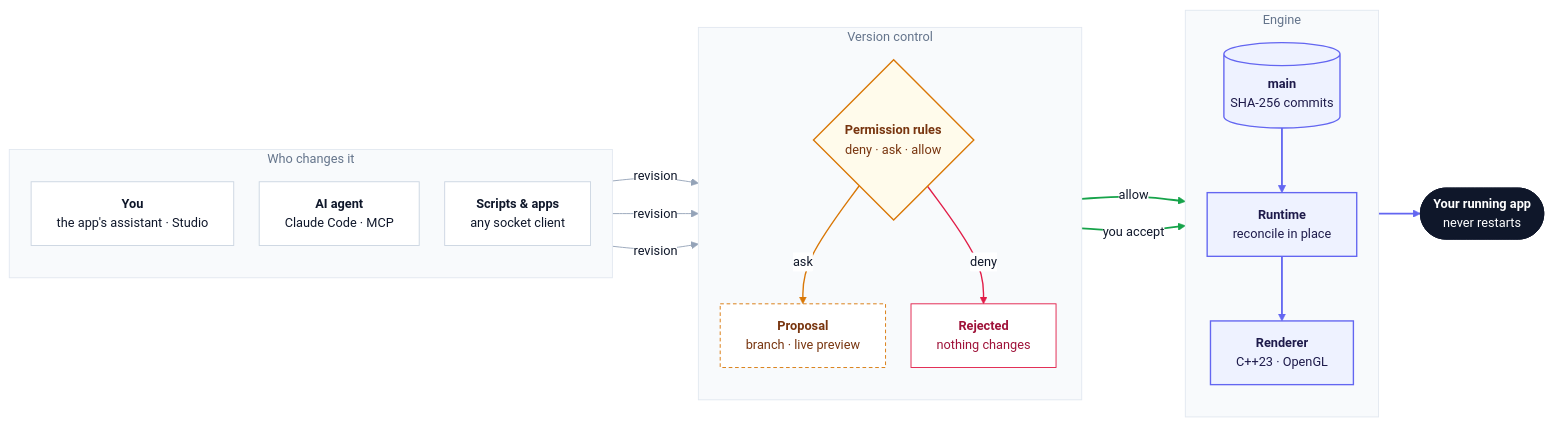
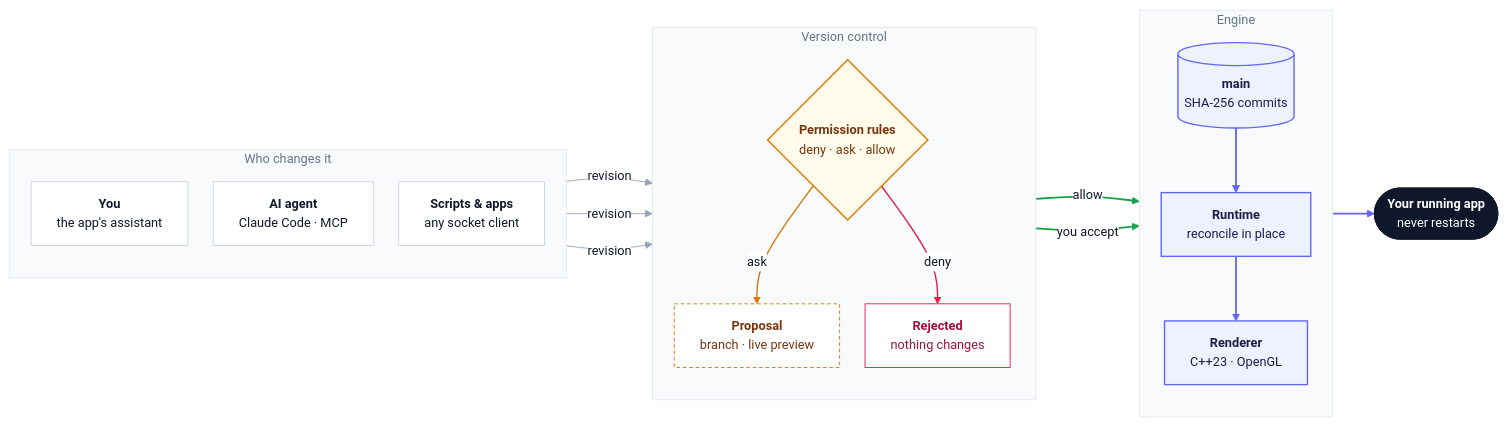
Before and after one commit to RiccardoSottini/AffrescoUI: the third of 4 diagrams in README.md, drawn with Mermaid. The commit also changed other lines of this file and 172 other files, not shown here.

````diff
--- a/README.md
+++ b/README.md
@@ -246,55 +246,55 @@
 ```mermaid
 %%{init: {"theme": "base", "flowchart": {"curve": "basis", "nodeSpacing": 28, "rankSpacing": 46, "padding": 14}, "themeVariables": {"fontFamily": "Helvetica, Arial, sans-serif", "fontSize": "14px", "lineColor": "#94A3B8", "primaryTextColor": "#0F172A", "edgeLabelBackground": "#FFFFFF"}}}%%
 flowchart LR
     subgraph P["Who changes it"]
         direction TB
-        you["<b>You</b><br/>the app's assistant · Studio"]
+        you["<b>You</b><br/>the app's assistant"]
         ai["<b>AI agent</b><br/>Claude Code · MCP"]
         any["<b>Scripts & apps</b><br/>any socket client"]
     end
 
     subgraph V["Version control"]
         direction TB
         rules{"<b>Permission rules</b><br/>deny · ask · allow"}
         pr["<b>Proposal</b><br/>branch · live preview"]
         no["<b>Rejected</b><br/>nothing changes"]
     end
 
     subgraph E["Engine"]
         direction TB
         main[("<b>main</b><br/>SHA-256 commits")]
         rt["<b>Runtime</b><br/>reconcile in place"]
         gl["<b>Renderer</b><br/>C++23 · OpenGL"]
     end
 
     app(["<b>Your running app</b><br/>never restarts"])
 
     you & ai & any -- "revision" --> rules
     rules -- "allow" --> main
     rules -- "ask" --> pr
     rules -- "deny" --> no
     pr -- "you accept" --> main
     main --> rt --> gl --> app
 
     classDef peer fill:#FFFFFF,stroke:#CBD5E1,stroke-width:1px,color:#0F172A
     classDef gate fill:#FFFBEB,stroke:#D97706,stroke-width:1.5px,color:#78350F
     classDef wait fill:#FFFFFF,stroke:#D97706,stroke-width:1px,stroke-dasharray:4 3,color:#78350F
     classDef stop fill:#FFFFFF,stroke:#E11D48,stroke-width:1px,color:#9F1239
     classDef core fill:#EEF2FF,stroke:#6366F1,stroke-width:1.5px,color:#1E1B4B
     classDef out fill:#0F172A,stroke:#0F172A,color:#FFFFFF
     class you,ai,any peer
     class rules gate
     class pr wait
     class no stop
     class main,rt,gl core
     class app out
     style P fill:#F8FAFC,stroke:#E2E8F0,color:#64748B
     style V fill:#F8FAFC,stroke:#E2E8F0,color:#64748B
     style E fill:#F8FAFC,stroke:#E2E8F0,color:#64748B
     linkStyle 0,1,2 stroke:#94A3B8
     linkStyle 3 stroke:#16A34A,stroke-width:2px
     linkStyle 4 stroke:#D97706,stroke-width:1.5px
     linkStyle 5 stroke:#E11D48,stroke-width:1.5px
     linkStyle 6 stroke:#16A34A,stroke-width:2px
     linkStyle 7,8,9 stroke:#6366F1,stroke-width:2px
 ```
````
